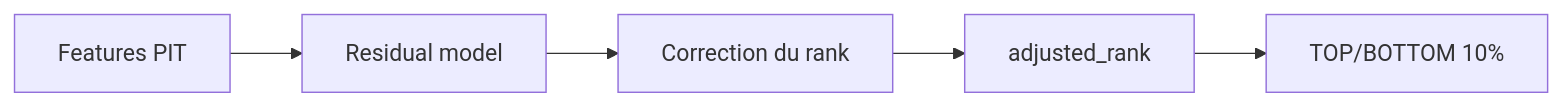
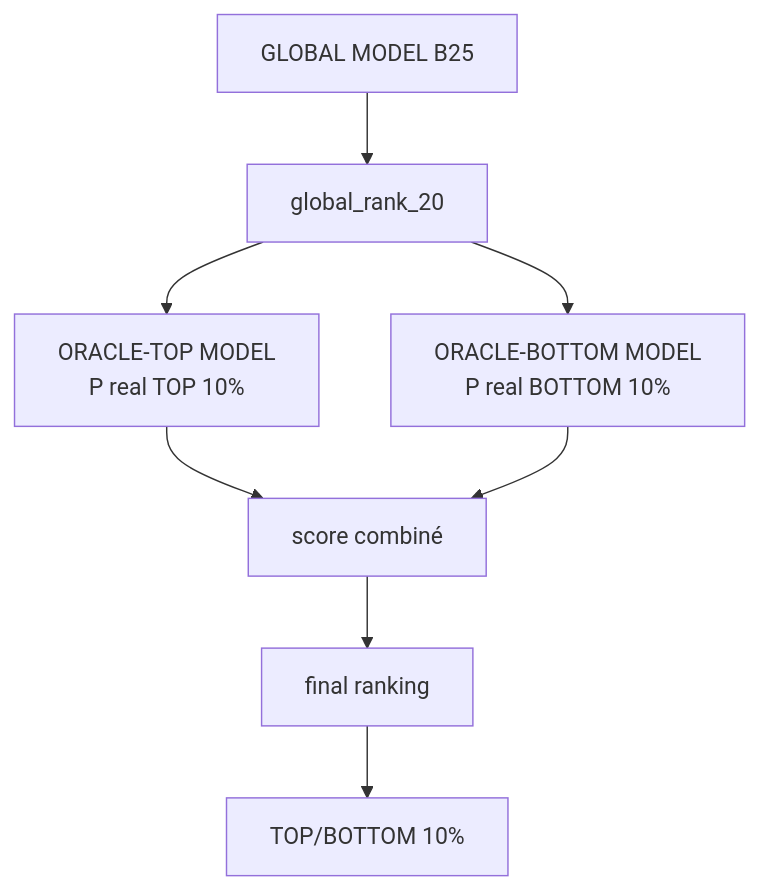
Before and after one commit to mli2000fr/alpha_trade: the first of 3 diagrams in doc/ml_oracle.md, drawn with Mermaid. The commit also changed other lines of this file and 1 other file, not shown here.

````diff
--- a/doc/ml_oracle.md
+++ b/doc/ml_oracle.md
@@ -123,5 +80,9 @@
 ```mermaid
-flowchart LR
-    A[Features PIT] --> B[Residual model] --> C[Correction du rank]
-    C --> D[adjusted_rank] --> E[TOP/BOTTOM 10%]
+flowchart TB
+    A[GLOBAL MODEL B25] --> B[global_rank_20]
+    B --> C1[ORACLE-TOP MODEL<br/>P real TOP 10%]
+    B --> C2[ORACLE-BOTTOM MODEL<br/>P real BOTTOM 10%]
+    C1 --> D[score combiné]
+    C2 --> D
+    D --> E[final ranking] --> F[TOP/BOTTOM 10%]
 ```
````
